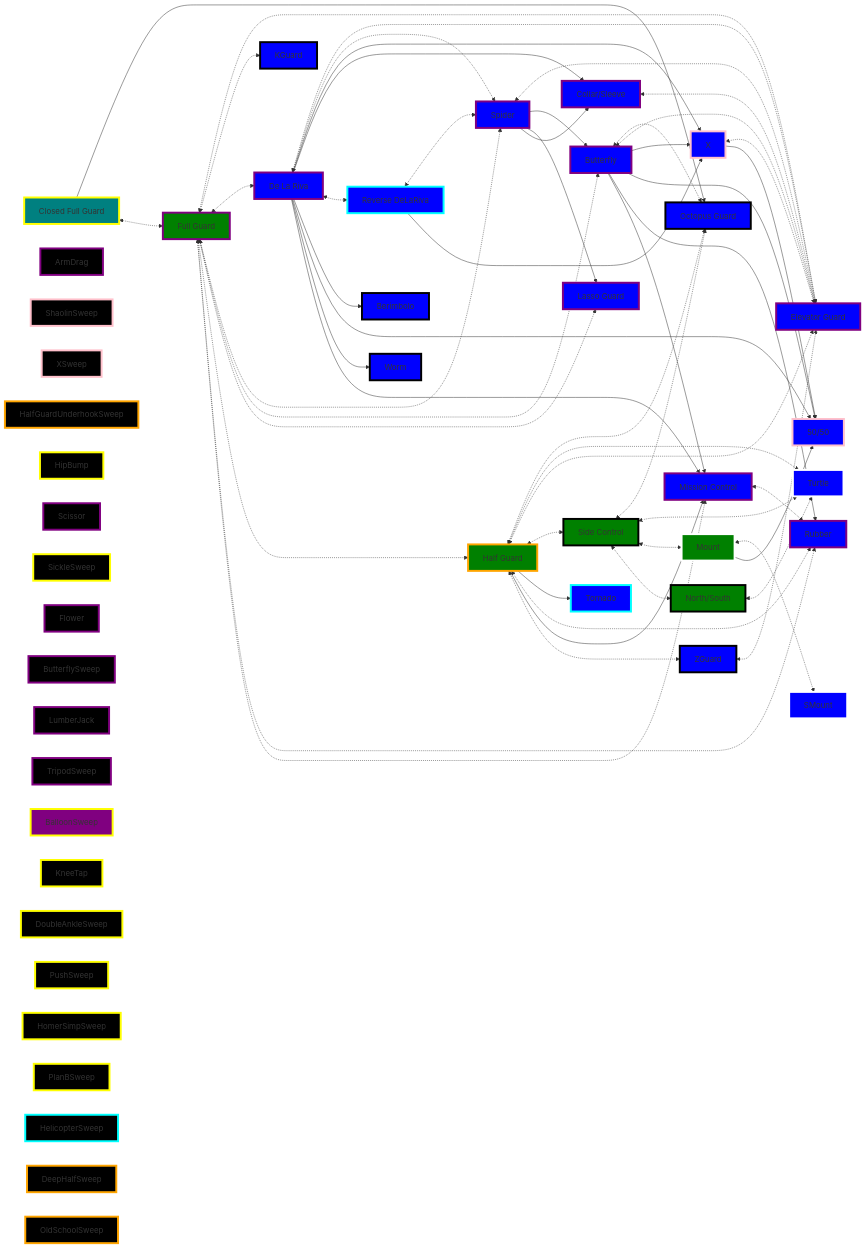
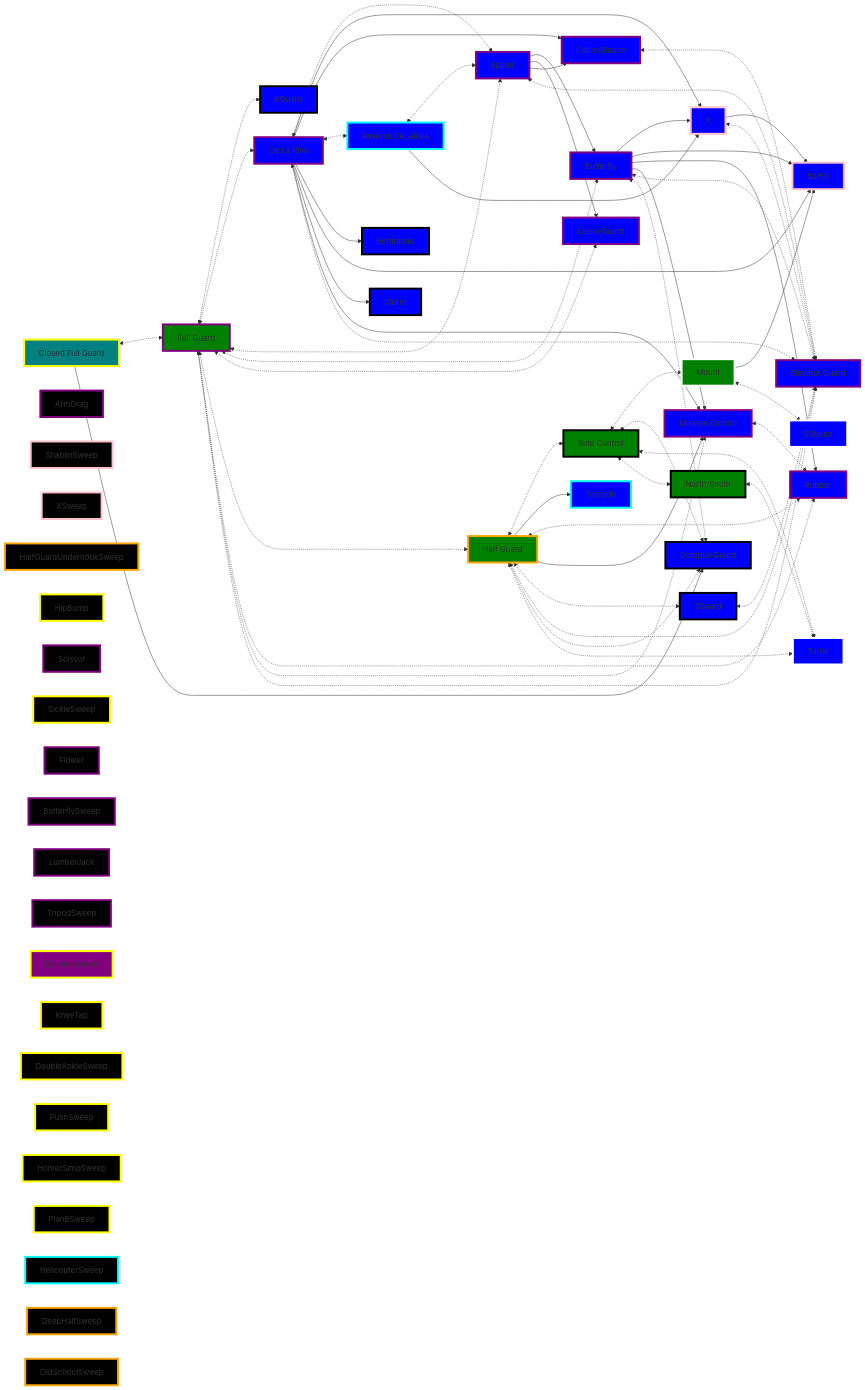
The third of 4 diagrams in _Fitness/BJJ Priority Flows.md (jacgit18/DevHiveMind), drawn with Mermaid before and after one commit. The commit also changed other lines of this file, not shown here.

Commit message:
M "_Fitness/BJJ Priority Flows.md"

````diff
--- a/_Fitness/BJJ Priority Flows.md
+++ b/_Fitness/BJJ Priority Flows.md
@@ -458,9 +452,9 @@
 ``` mermaid
 flowchart LR
-	Closed[Closed Full Guard] 
     A[Full Guard] 
     B[De La Riva] 
     C[Spider]
+    Closed[Closed Full Guard] 
     D[Butterfly]
     E[Lasso Guard]
     F[X]
@@ -477,11 +471,12 @@
 	Q[Rubber]
 	R[Mission Control]
 	Z[ZGuard]
-		SMount[SMount]
+	SMount[SMount]
 	Turtle[Turtle]
 	KGuard[KGuard]
 	OctopusGuard[Octopus Guard]
 	ElevatorGuard[Elevator Guard]
+	
 
 	ArmDrag[ArmDrag]
 	ShaolinSweep[ShaolinSweep]
@@ -504,25 +499,6 @@
 	DeepHalfSweep[DeepHalfSweep]
 	OldSchoolSweep[OldSchoolSweep]
 
-	J <-.-> SMount 
-	Closed --> OctopusGuard
-	D <-.-> OctopusGuard
-	H <-.-> OctopusGuard
-	I <-.-> OctopusGuard
-	H <-.-> Turtle
-	I <-.-> Turtle
-	K <-.-> Turtle
-	
-	A <-.-> ElevatorGuard
-	B <-.-> ElevatorGuard
-	C <-.-> ElevatorGuard
-	D <-.-> ElevatorGuard
-	F <-.-> ElevatorGuard
-	G <-.-> ElevatorGuard
-	H <-.-> ElevatorGuard
-	Z <-.-> ElevatorGuard
-
-	Closed <-.-> A
 	A <-.-> KGuard
     A <-.-> B
     A <-.-> C
@@ -531,6 +507,7 @@
     A <-.-> H
     A <-.-> Q
     A <-.-> R
+    A <-.-> ElevatorGuard
     B <-.-> C
     B --> F
     B --> G
@@ -539,26 +516,42 @@
     B --> N
     B --> O
     B --> R
+    B <-.-> ElevatorGuard
     C --> D
     C --> E
     C --> G
+    C <-.-> ElevatorGuard
+    Closed <-.-> A
+	Closed --> OctopusGuard
 	D --> F
 	D --> N
 	D --> Q
 	D --> R
+	D <-.-> ElevatorGuard
+	D <-.-> OctopusGuard
 	F --> N
+	F <-.-> ElevatorGuard
+	G <-.-> ElevatorGuard
 	H <-.-> I
 	H --> P
 	H <-.-> Q 
 	H --> R
 	H <-.-> Z
+	H <-.-> ElevatorGuard
+	H <-.-> OctopusGuard
+	H <-.-> Turtle
 	I <-.-> J
+	I <-.-> OctopusGuard
+	I <-.-> Turtle
 	J --> N
+	J <-.-> SMount 
+	K <-.-> Turtle
 	L <-.-> C
 	L --> F
 	I <-.-> K
 	R <-.-> Q 
-
+	Z <-.-> ElevatorGuard
+	
 style Scissor fill:black,stroke:purple,stroke-width:4px,shadow:shadow
 
 style HalfGuardUnderhookSweep fill:black,stroke:orange,stroke-width:4px,shadow:shadow
````
